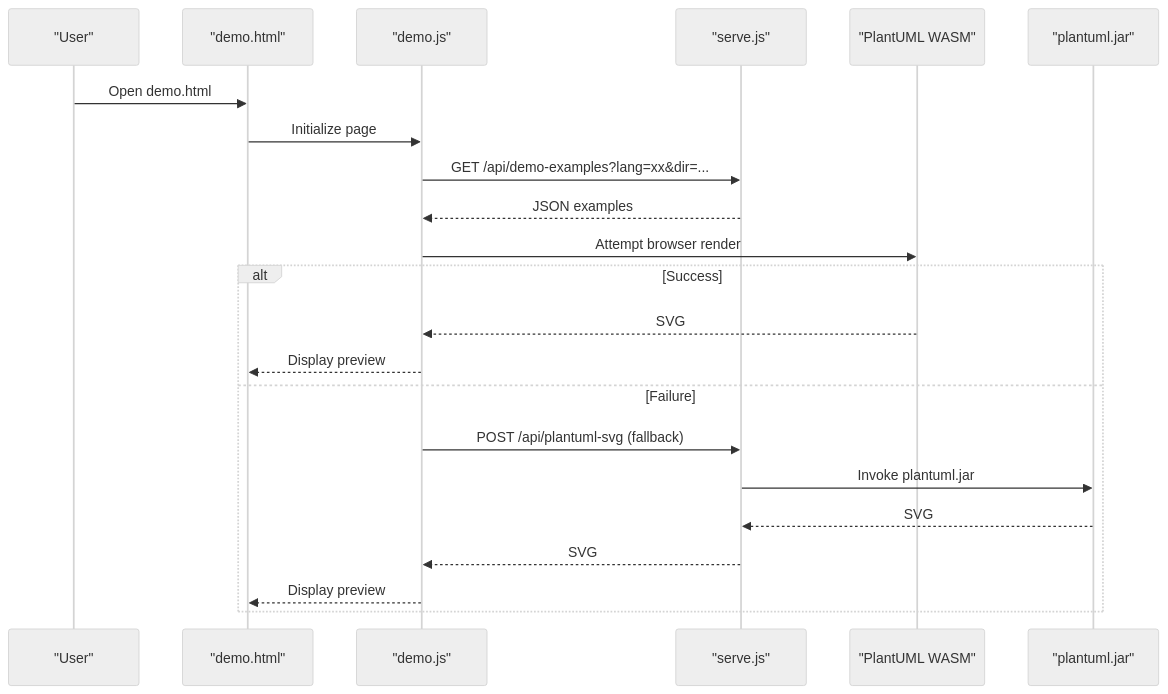
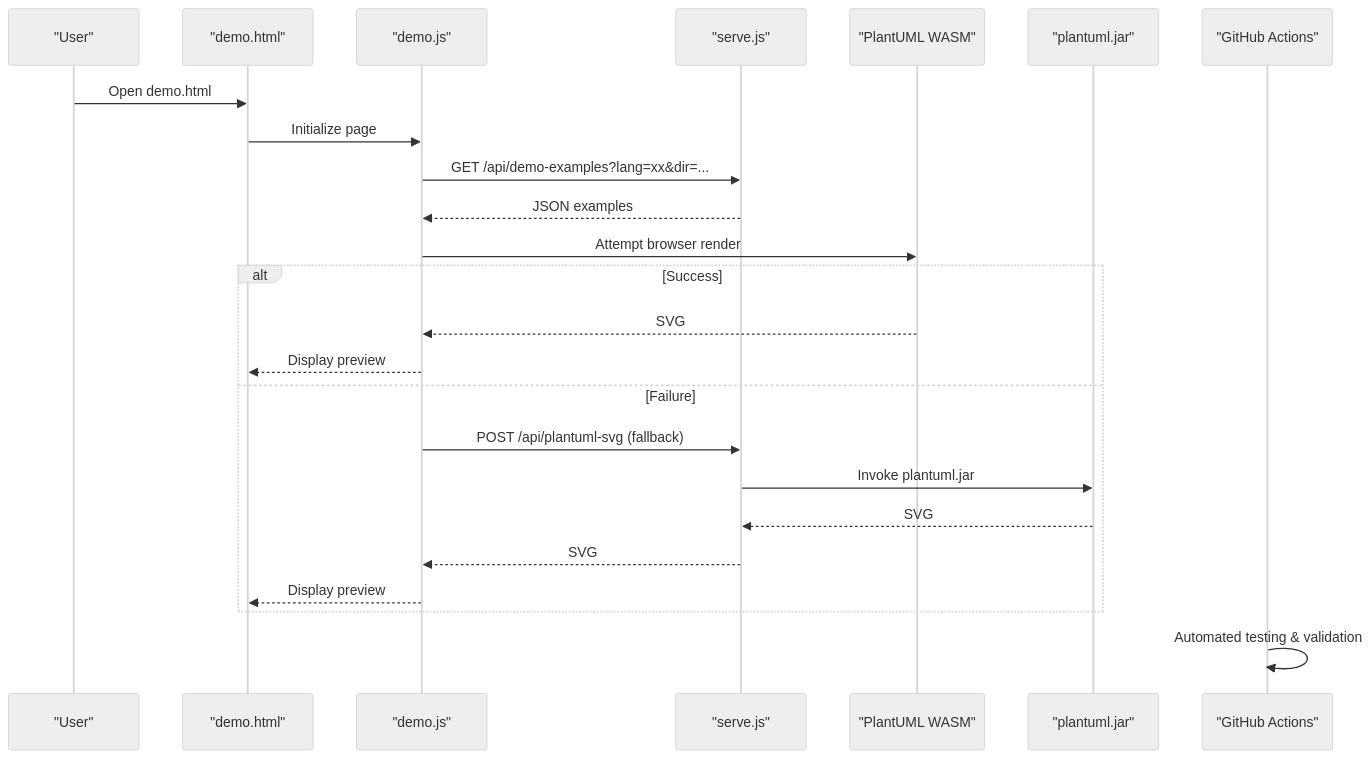
One commit to pingwurth/code-to-uml changed the second of 4 diagrams in .qoder/repowiki/en/content/Contributing and Development.md. Above: the diagram before and after it, drawn with Mermaid (neutral theme). The commit also changed other lines of this file and 21 other files, not shown here.

Commit message:
chore(docs): 删除 Code-To-UML 介绍文档

````diff
--- a/.qoder/repowiki/en/content/Contributing and Development.md
+++ b/.qoder/repowiki/en/content/Contributing and Development.md
@@ -113,24 +147,26 @@
 ```mermaid
 sequenceDiagram
 participant U as "User"
 participant P as "demo.html"
 participant J as "demo.js"
 participant S as "serve.js"
 participant W as "PlantUML WASM"
 participant R as "plantuml.jar"
+participant CI as "GitHub Actions"
 U->>P : Open demo.html
 P->>J : Initialize page
 J->>S : GET /api/demo-examples?lang=xx&dir=...
 S-->>J : JSON examples
 J->>W : Attempt browser render
 alt Success
 W-->>J : SVG
 J-->>P : Display preview
 else Failure
 J->>S : POST /api/plantuml-svg (fallback)
 S->>R : Invoke plantuml.jar
 R-->>S : SVG
 S-->>J : SVG
 J-->>P : Display preview
 end
+CI->>CI : Automated testing & validation
 ```
````
